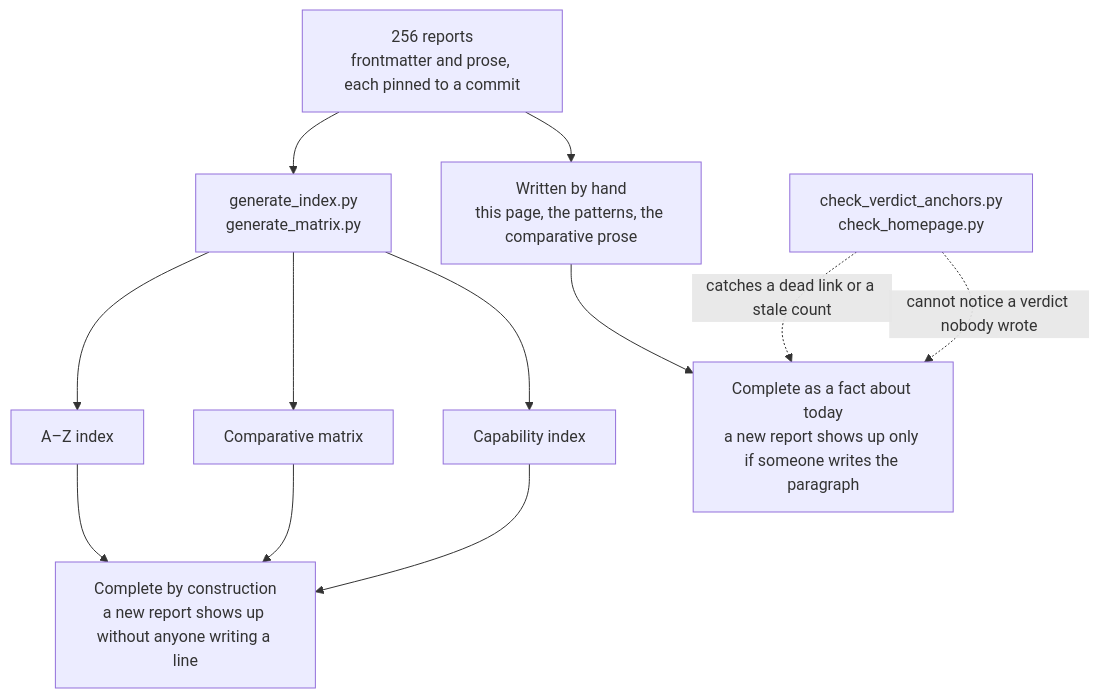
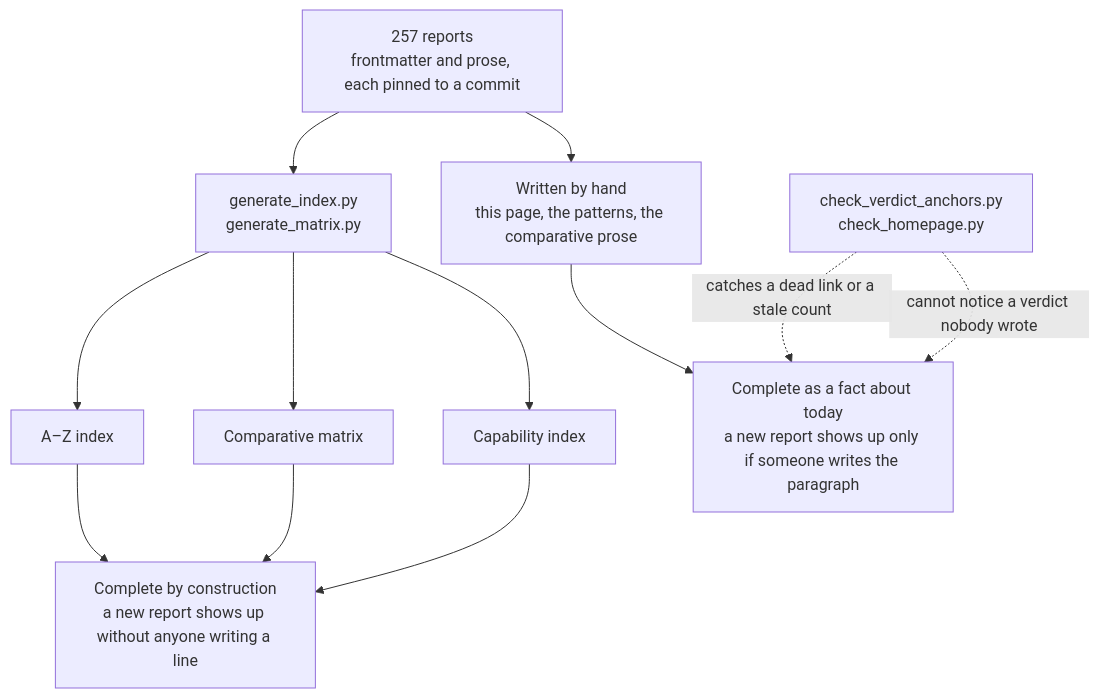
Before and after one commit to neoneye/agent-memory-atlas: the diagram in content/verdicts.md, drawn with Mermaid. The commit also changed other lines of this file and 21 other files, not shown here.

````diff
--- a/content/verdicts.md
+++ b/content/verdicts.md
@@ -40,15 +40,15 @@
 ```mermaid
 flowchart TD
-    R["256 reports<br/>frontmatter and prose, each pinned to a commit"]
+    R["257 reports<br/>frontmatter and prose, each pinned to a commit"]
     R --> GEN["generate_index.py<br/>generate_matrix.py"]
     R --> HAND["Written by hand<br/>this page, the patterns, the comparative prose"]
     GEN --> AZ["A–Z index"]
     GEN --> MX["Comparative matrix"]
     GEN --> CI["Capability index"]
     AZ --> CONST["Complete by construction<br/>a new report shows up without anyone writing a line"]
     MX --> CONST
     CI --> CONST
     HAND --> TODAY["Complete as a fact about today<br/>a new report shows up only if someone writes the paragraph"]
     CHK["check_verdict_anchors.py<br/>check_homepage.py"] -.->|"catches a dead link or a stale count"| TODAY
     CHK -.->|"cannot notice a verdict nobody wrote"| TODAY
 ```
````
